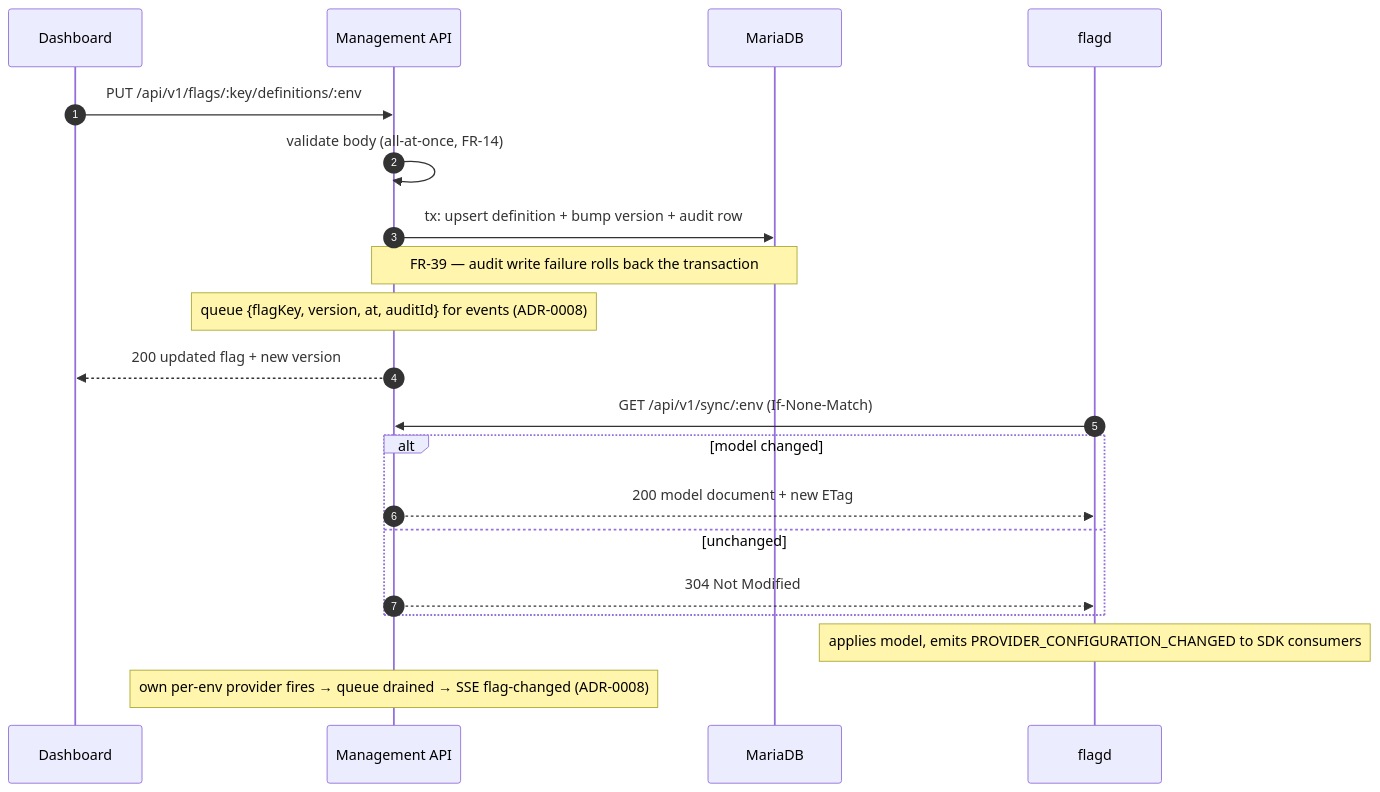
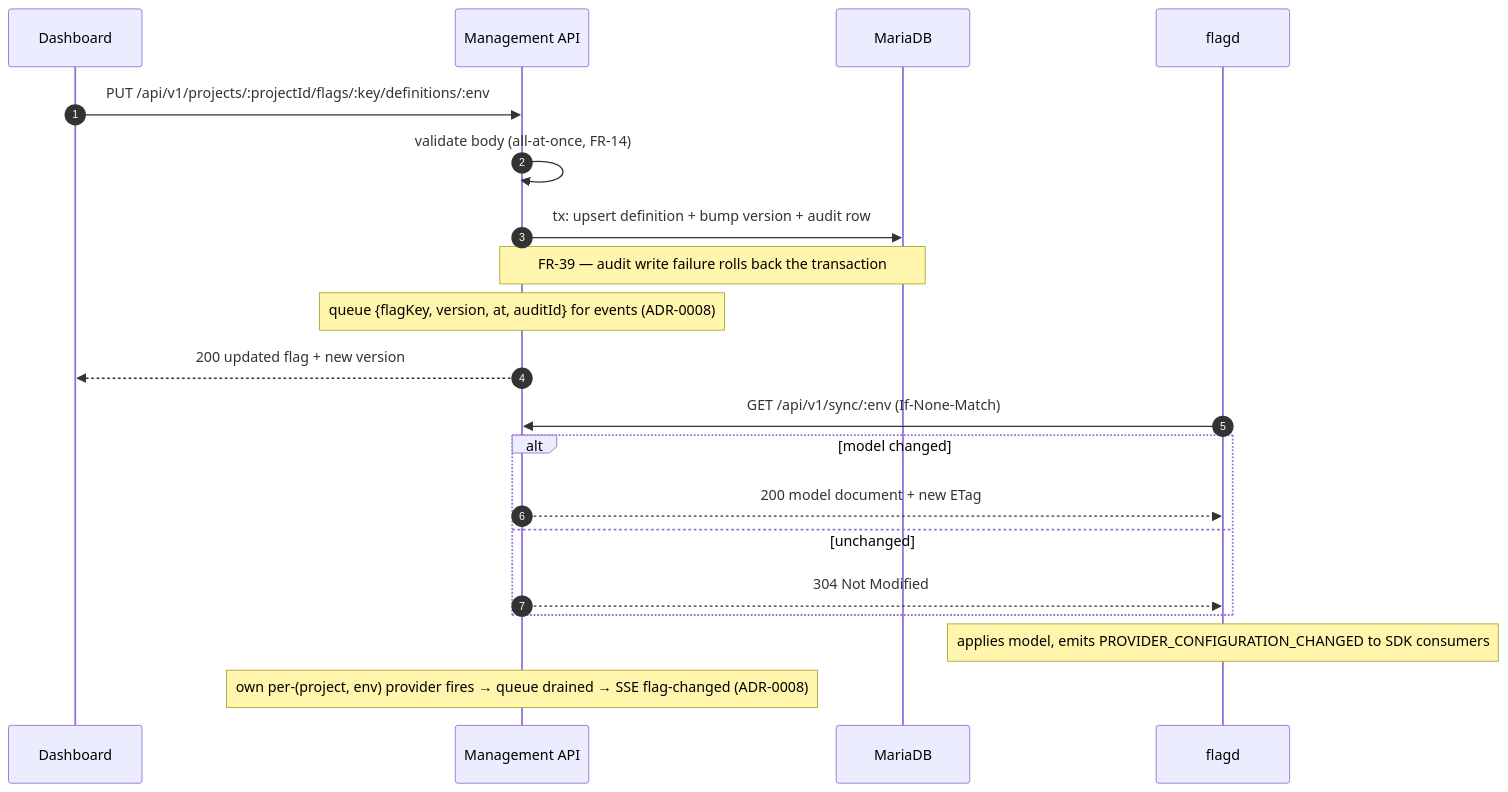
One commit to kokhoui83/flag-management-system-v2 changed the second of 5 diagrams in docs/02-architecture.md. Above: the diagram before and after it, drawn with Mermaid. The commit also changed other lines of this file and 6 other files, not shown here.

````diff
--- a/docs/02-architecture.md
+++ b/docs/02-architecture.md
@@ -217,23 +224,23 @@
 ```mermaid
 sequenceDiagram
     autonumber
     participant D as Dashboard
     participant API as Management API
     participant DB as MariaDB
     participant F as flagd
 
-    D->>API: PUT /api/v1/flags/:key/definitions/:env
+    D->>API: PUT /api/v1/projects/:projectId/flags/:key/definitions/:env
     API->>API: validate body (all-at-once, FR-14)
     API->>DB: tx: upsert definition + bump version + audit row
     Note over API,DB: FR-39 — audit write failure rolls back the transaction
     Note over API: queue {flagKey, version, at, auditId} for events (ADR-0008)
     API-->>D: 200 updated flag + new version
     F->>API: GET /api/v1/sync/:env (If-None-Match)
     alt model changed
         API-->>F: 200 model document + new ETag
     else unchanged
         API-->>F: 304 Not Modified
     end
     Note over F: applies model, emits PROVIDER_CONFIGURATION_CHANGED to SDK consumers
-    Note over API: own per-env provider fires → queue drained → SSE flag-changed (ADR-0008)
+    Note over API: own per-(project, env) provider fires → queue drained → SSE flag-changed (ADR-0008)
 ```
````
